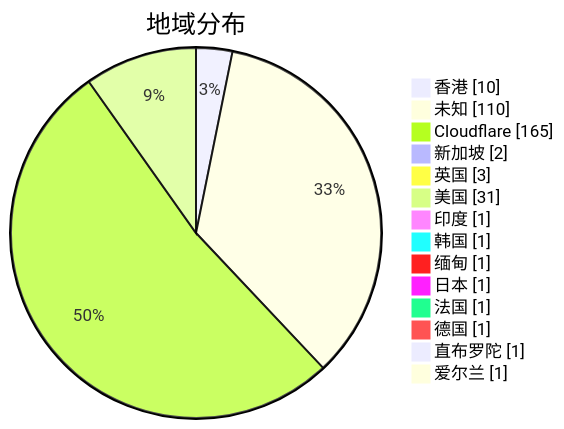
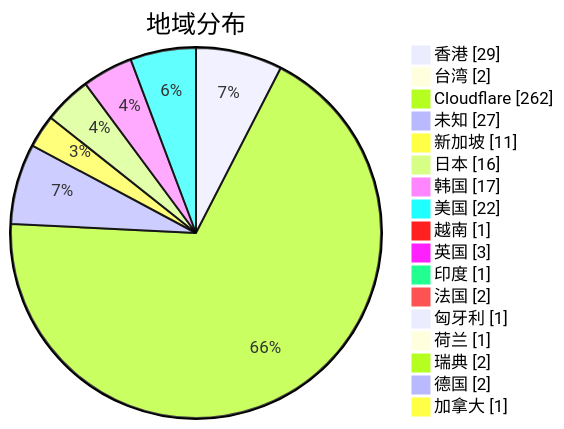
One commit to qjlxg/airport changed the second of 3 diagrams in subs/statistics/tested_within.md. Above: the diagram before and after it, drawn with Mermaid. The commit also changed other lines of this file and 2 other files, not shown here.

Commit message:
Tested by metaST

````diff
--- a/subs/statistics/tested_within.md
+++ b/subs/statistics/tested_within.md
@@ -13,18 +13,21 @@
 ```mermaid
 pie showData
 title 地域分布
-"香港" : 10
-"未知" : 110
-"Cloudflare" : 165
-"新加坡" : 2
+"香港" : 29
+"台湾" : 2
+"Cloudflare" : 262
+"未知" : 27
+"新加坡" : 11
+"日本" : 16
+"韩国" : 17
+"美国" : 22
+"越南" : 1
 "英国" : 3
-"美国" : 31
 "印度" : 1
-"韩国" : 1
-"缅甸" : 1
-"日本" : 1
-"法国" : 1
-"德国" : 1
-"直布罗陀" : 1
-"爱尔兰" : 1
+"法国" : 2
+"匈牙利" : 1
+"荷兰" : 1
+"瑞典" : 2
+"德国" : 2
+"加拿大" : 1
 ```
````
